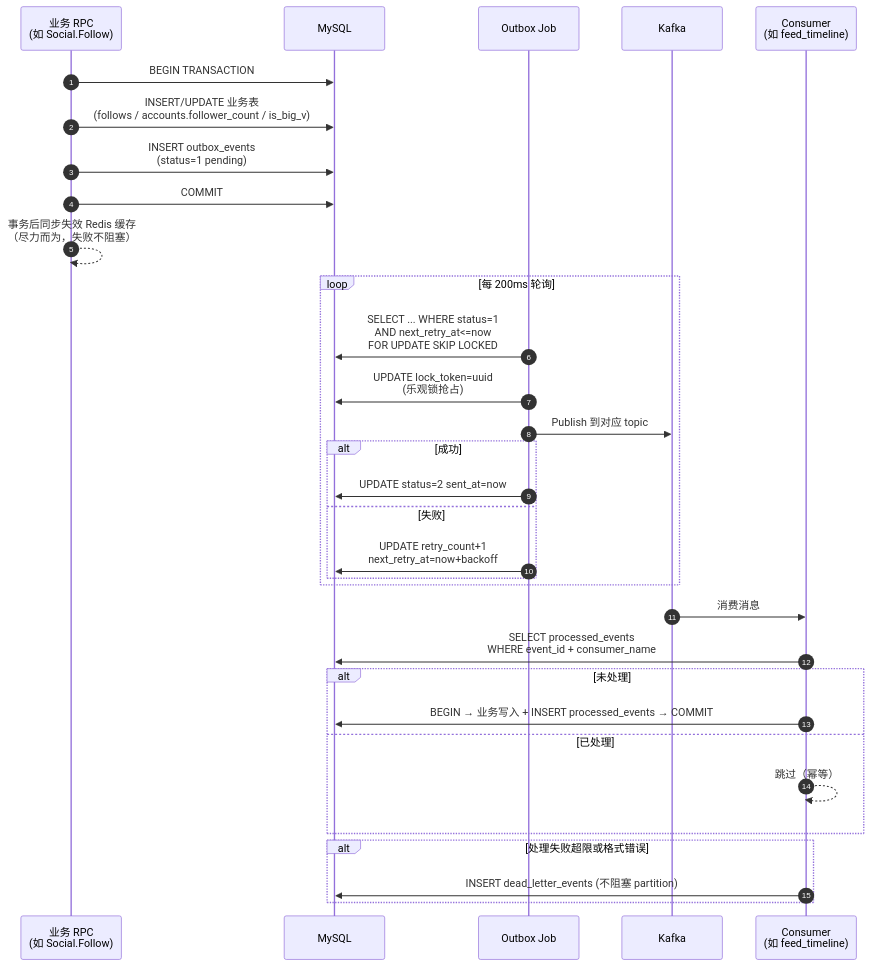
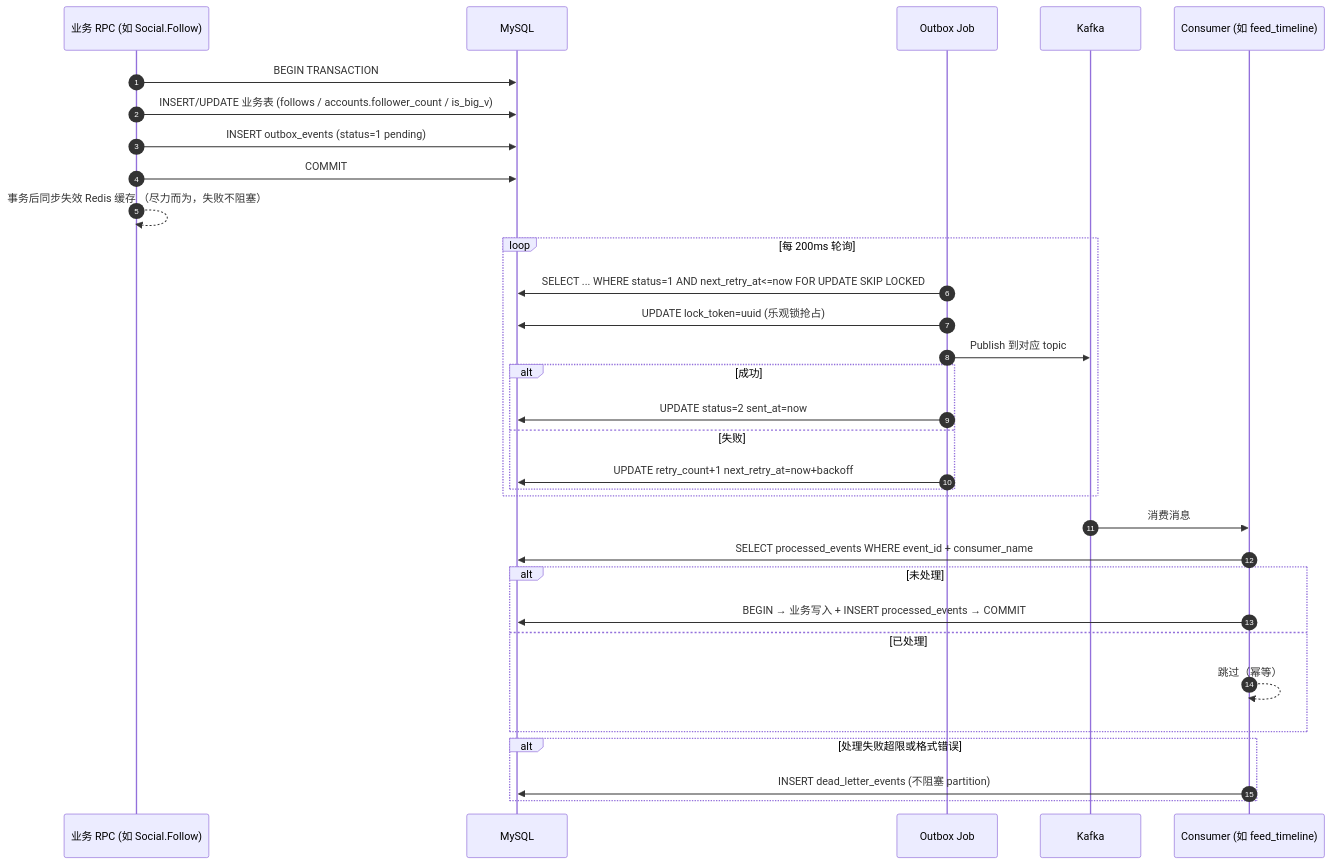
The third of 28 diagrams in docs/PROJECT_OVERVIEW.md (Redeemz473/feedsystem-zero), drawn with Mermaid before and after one commit. The commit also changed other lines of this file, not shown here.

Commit message:
docs(overview): normalize all 28 mermaid diagrams for github renderer (remove 124 br tags and 3 dashed-with-label edges)

````diff
--- a/docs/PROJECT_OVERVIEW.md
+++ b/docs/PROJECT_OVERVIEW.md
@@ -363,37 +363,37 @@
 ```mermaid
 sequenceDiagram
     autonumber
-    participant RPC as 业务 RPC<br/>(如 Social.Follow)
+    participant RPC as 业务 RPC (如 Social.Follow)
     participant DB as MySQL
     participant OB as Outbox Job
     participant K as Kafka
-    participant CS as Consumer<br/>(如 feed_timeline)
+    participant CS as Consumer (如 feed_timeline)
 
     RPC->>DB: BEGIN TRANSACTION
-    RPC->>DB: INSERT/UPDATE 业务表<br/>(follows / accounts.follower_count / is_big_v)
-    RPC->>DB: INSERT outbox_events<br/>(status=1 pending)
+    RPC->>DB: INSERT/UPDATE 业务表 (follows / accounts.follower_count / is_big_v)
+    RPC->>DB: INSERT outbox_events (status=1 pending)
     RPC->>DB: COMMIT
-    RPC-->>RPC: 事务后同步失效 Redis 缓存<br/>（尽力而为，失败不阻塞）
+    RPC-->>RPC: 事务后同步失效 Redis 缓存 （尽力而为，失败不阻塞）
 
     loop 每 200ms 轮询
-        OB->>DB: SELECT ... WHERE status=1<br/>AND next_retry_at<=now<br/>FOR UPDATE SKIP LOCKED
-        OB->>DB: UPDATE lock_token=uuid<br/>(乐观锁抢占)
+        OB->>DB: SELECT ... WHERE status=1 AND next_retry_at<=now FOR UPDATE SKIP LOCKED
+        OB->>DB: UPDATE lock_token=uuid (乐观锁抢占)
         OB->>K: Publish 到对应 topic
         alt 成功
             OB->>DB: UPDATE status=2 sent_at=now
         else 失败
-            OB->>DB: UPDATE retry_count+1<br/>next_retry_at=now+backoff
+            OB->>DB: UPDATE retry_count+1 next_retry_at=now+backoff
         end
     end
 
     K->>CS: 消费消息
-    CS->>DB: SELECT processed_events<br/>WHERE event_id + consumer_name
+    CS->>DB: SELECT processed_events WHERE event_id + consumer_name
     alt 未处理
         CS->>DB: BEGIN → 业务写入 + INSERT processed_events → COMMIT
     else 已处理
         CS-->>CS: 跳过（幂等）
     end
     alt 处理失败超限或格式错误
         CS->>DB: INSERT dead_letter_events (不阻塞 partition)
     end
 ```
````
